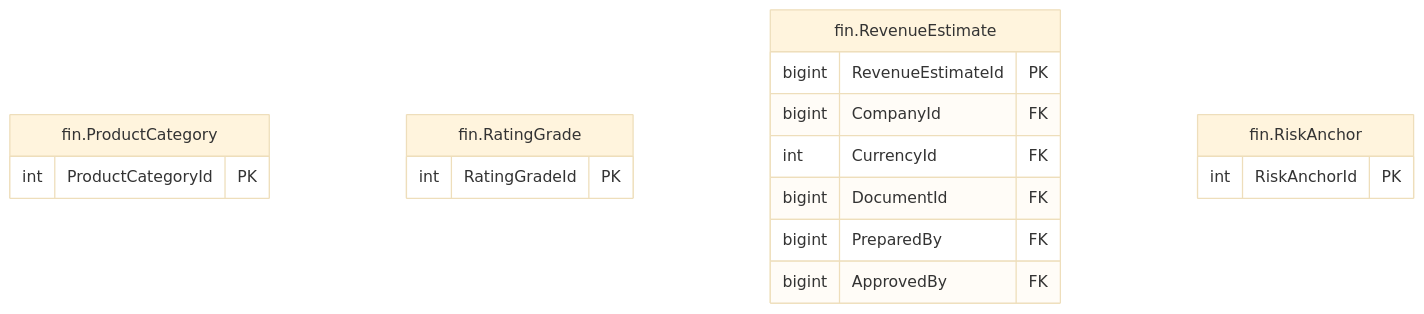
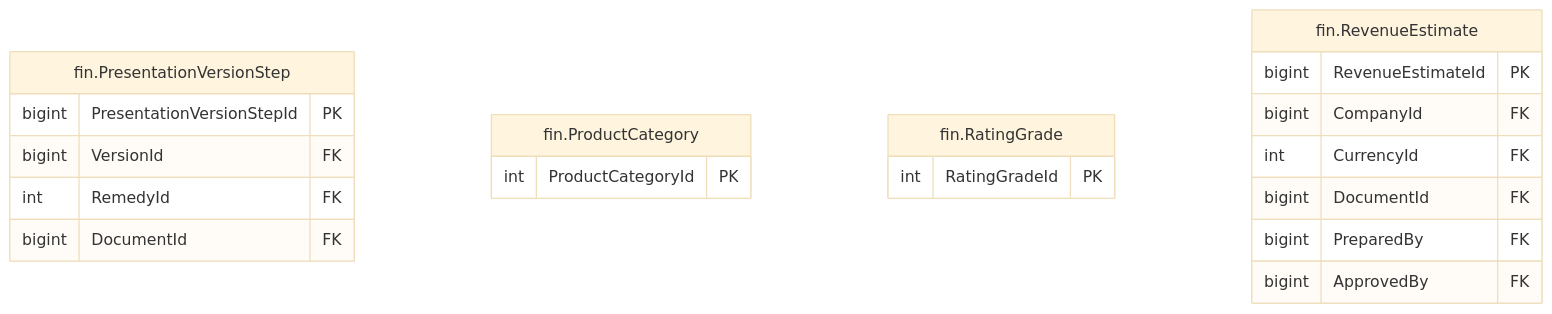
The diagram in treasury-platform/docs/diagrams/erd/m5_financials_10.mmd (thawrasy/smartlines), drawn with Mermaid (base theme) before and after one commit. The commit also changed 183 other files, not shown here.

```diff
--- a/treasury-platform/docs/diagrams/erd/m5_financials_10.mmd
+++ b/treasury-platform/docs/diagrams/erd/m5_financials_10.mmd
@@ -1,19 +1,22 @@
 %% م5 · البيانات المالية والأرصدة (10/14) — Financial statements & balances
 erDiagram
+  fin_PresentationVersionStep["fin.PresentationVersionStep"] {
+    bigint PresentationVersionStepId PK
+    bigint VersionId FK
+    int RemedyId FK
+    bigint DocumentId FK
+  }
   fin_ProductCategory["fin.ProductCategory"] {
     int ProductCategoryId PK
   }
   fin_RatingGrade["fin.RatingGrade"] {
     int RatingGradeId PK
   }
   fin_RevenueEstimate["fin.RevenueEstimate"] {
     bigint RevenueEstimateId PK
     bigint CompanyId FK
     int CurrencyId FK
     bigint DocumentId FK
     bigint PreparedBy FK
     bigint ApprovedBy FK
   }
-  fin_RiskAnchor["fin.RiskAnchor"] {
-    int RiskAnchorId PK
-  }
```
